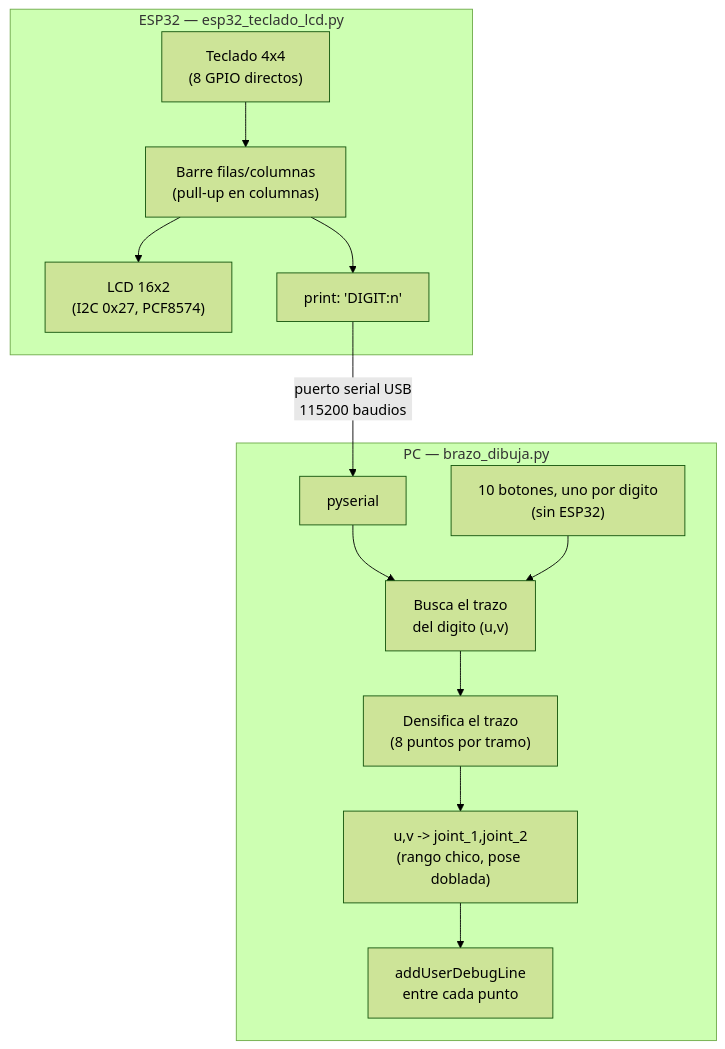
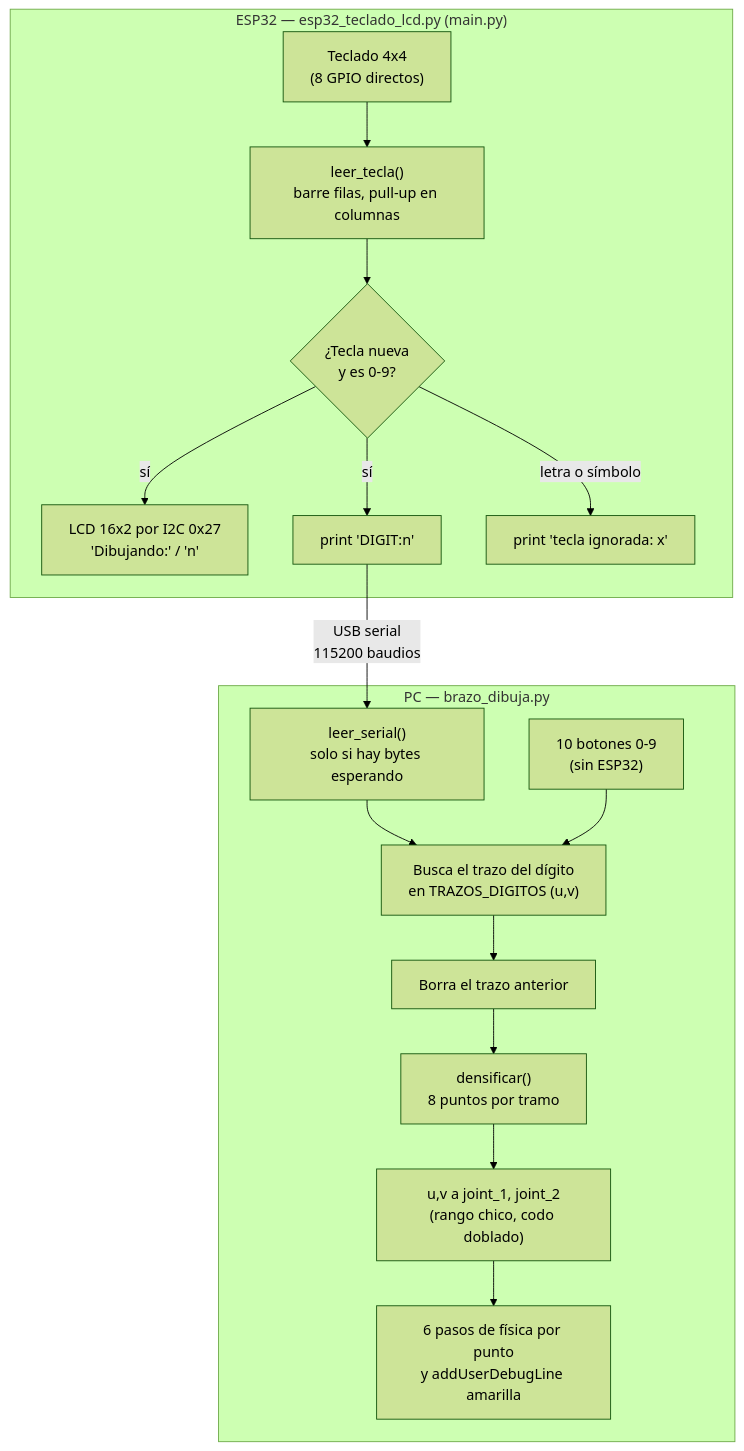
Before and after one commit to Dathinel/Sensores-Teoria: the first of 2 diagrams in 8-digitos-brazo-y-vision/punto-1-teclado-brazo-dibujando/README.md, drawn with Mermaid (forest theme). The commit also changed other lines of this file and 154 other files, not shown here.

````diff
--- a/8-digitos-brazo-y-vision/punto-1-teclado-brazo-dibujando/README.md
+++ b/8-digitos-brazo-y-vision/punto-1-teclado-brazo-dibujando/README.md
@@ -35,18 +76,21 @@
 ```mermaid
 flowchart TD
-    subgraph ESP["ESP32 — esp32_teclado_lcd.py"]
-        Teclado["Teclado 4x4<br/>(8 GPIO directos)"] --> Lee["Barre filas/columnas<br/>(pull-up en columnas)"]
-        Lee --> LCD["LCD 16x2<br/>(I2C 0x27, PCF8574)"]
-        Lee --> Envia["print: 'DIGIT:n'"]
+    subgraph ESP["ESP32 — esp32_teclado_lcd.py (main.py)"]
+        Teclado["Teclado 4x4<br/>(8 GPIO directos)"] --> Lee["leer_tecla()<br/>barre filas, pull-up en columnas"]
+        Lee --> Nueva{"¿Tecla nueva<br/>y es 0-9?"}
+        Nueva -->|"sí"| LCD["LCD 16x2 por I2C 0x27<br/>'Dibujando:' / 'n'"]
+        Nueva -->|"sí"| Envia["print 'DIGIT:n'"]
+        Nueva -->|"letra o símbolo"| Ignora["print 'tecla ignorada: x'"]
     end
 
-    Envia -->|"puerto serial USB<br/>115200 baudios"| Recibe
+    Envia -->|"USB serial<br/>115200 baudios"| Recibe
 
     subgraph PC["PC — brazo_dibuja.py"]
-        Recibe["pyserial"] --> Trazo["Busca el trazo<br/>del digito (u,v)"]
-        Botones["10 botones, uno por digito<br/>(sin ESP32)"] --> Trazo
-        Trazo --> Densifica["Densifica el trazo<br/>(8 puntos por tramo)"]
-        Densifica --> Joints["u,v -> joint_1,joint_2<br/>(rango chico, pose doblada)"]
-        Joints --> Linea["addUserDebugLine<br/>entre cada punto"]
+        Recibe["leer_serial()<br/>solo si hay bytes esperando"] --> Trazo["Busca el trazo del dígito<br/>en TRAZOS_DIGITOS (u,v)"]
+        Botones["10 botones 0-9<br/>(sin ESP32)"] --> Trazo
+        Trazo --> Borra["Borra el trazo anterior"]
+        Borra --> Densifica["densificar()<br/>8 puntos por tramo"]
+        Densifica --> Joints["u,v a joint_1, joint_2<br/>(rango chico, codo doblado)"]
+        Joints --> Linea["6 pasos de física por punto<br/>y addUserDebugLine amarilla"]
     end
 ```
````
